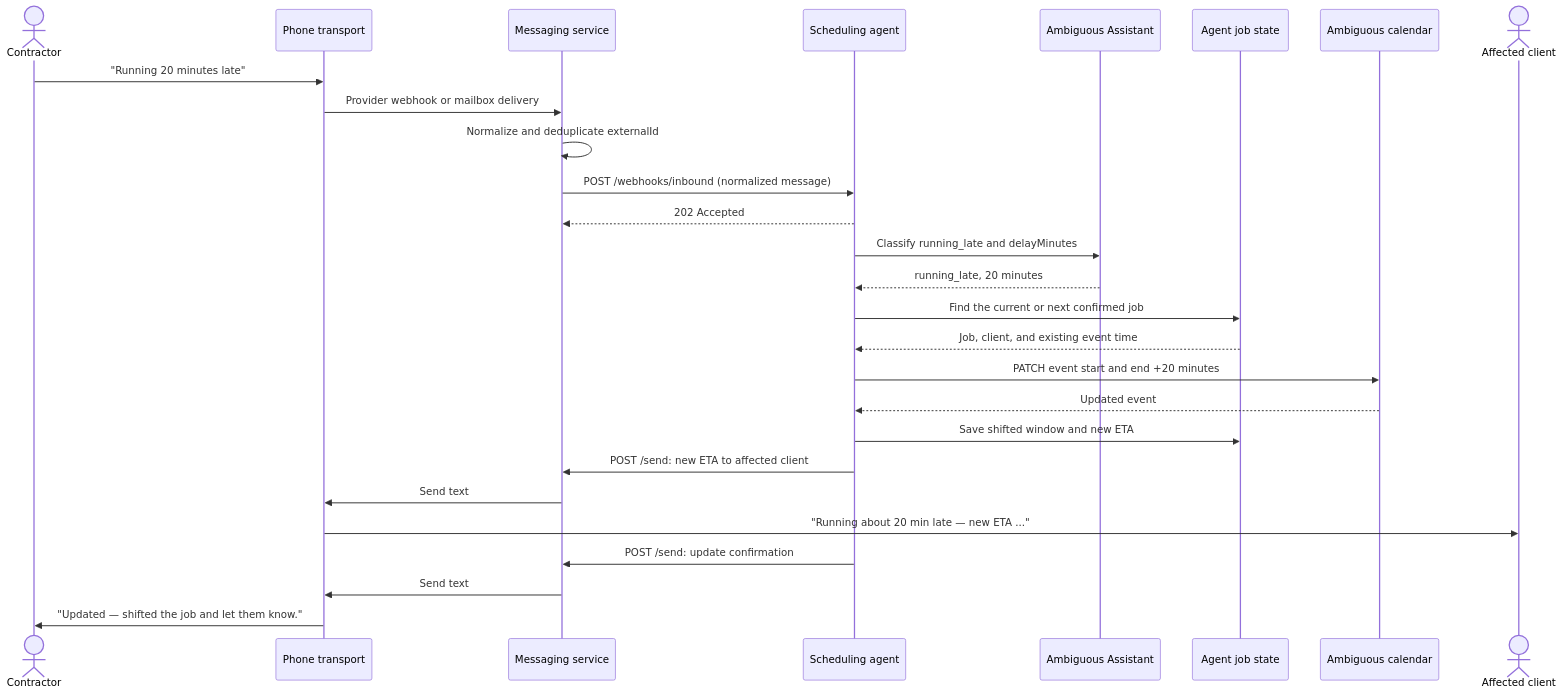
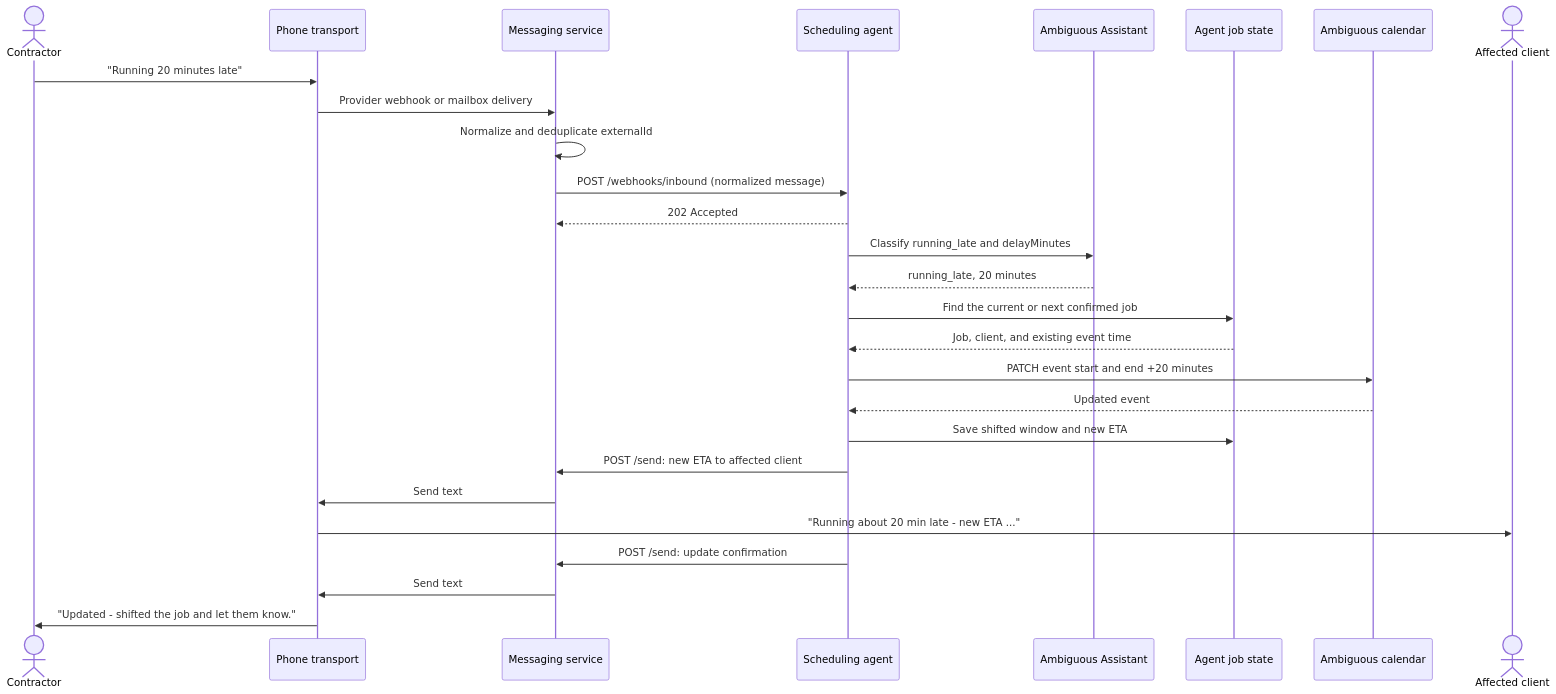
One commit to randallwc/etai changed the third of 3 diagrams in docs/architecture.md. Above: the diagram before and after it, drawn with Mermaid. The commit also changed other lines of this file and 19 other files, not shown here.

First line of the commit message:
Add contractor quick actions and late-ETA texts to job detail

````diff
--- a/docs/architecture.md
+++ b/docs/architecture.md
@@ -117,30 +117,30 @@
 ```mermaid
 sequenceDiagram
     actor Contractor
     participant Transport as Phone transport
     participant Messaging as Messaging service
     participant Agent as Scheduling agent
     participant Assistant as Ambiguous Assistant
     participant State as Agent job state
     participant Workspace as Ambiguous calendar
     actor Client as Affected client
 
     Contractor->>Transport: "Running 20 minutes late"
     Transport->>Messaging: Provider webhook or mailbox delivery
     Messaging->>Messaging: Normalize and deduplicate externalId
     Messaging->>Agent: POST /webhooks/inbound (normalized message)
     Agent-->>Messaging: 202 Accepted
     Agent->>Assistant: Classify running_late and delayMinutes
     Assistant-->>Agent: running_late, 20 minutes
     Agent->>State: Find the current or next confirmed job
     State-->>Agent: Job, client, and existing event time
     Agent->>Workspace: PATCH event start and end +20 minutes
     Workspace-->>Agent: Updated event
     Agent->>State: Save shifted window and new ETA
     Agent->>Messaging: POST /send: new ETA to affected client
     Messaging->>Transport: Send text
-    Transport->>Client: "Running about 20 min late — new ETA ..."
+    Transport->>Client: "Running about 20 min late - new ETA ..."
     Agent->>Messaging: POST /send: update confirmation
     Messaging->>Transport: Send text
-    Transport->>Contractor: "Updated — shifted the job and let them know."
+    Transport->>Contractor: "Updated - shifted the job and let them know."
 ```
````
